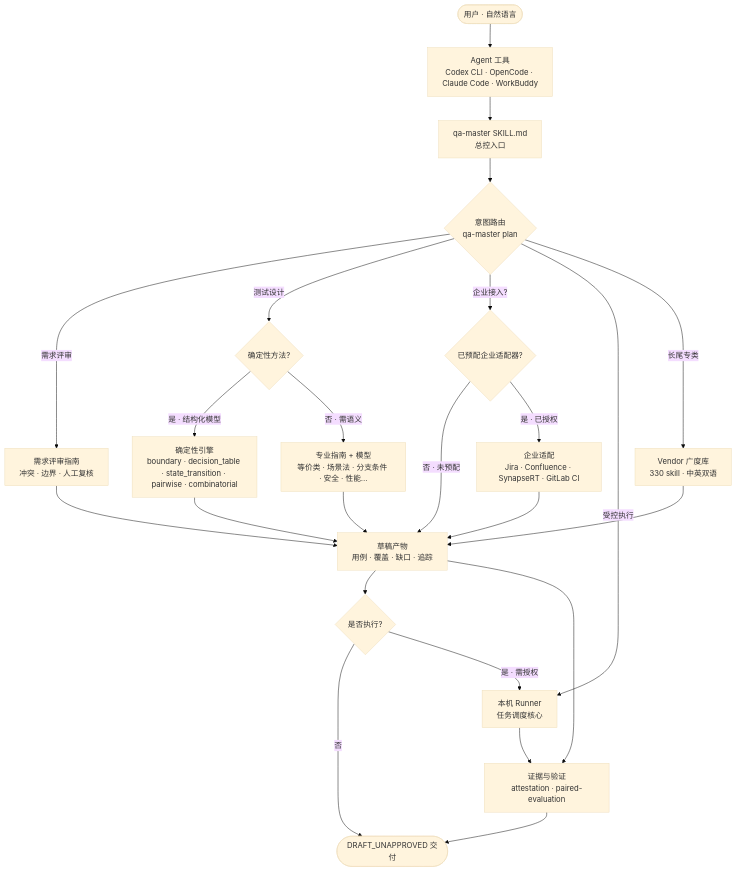
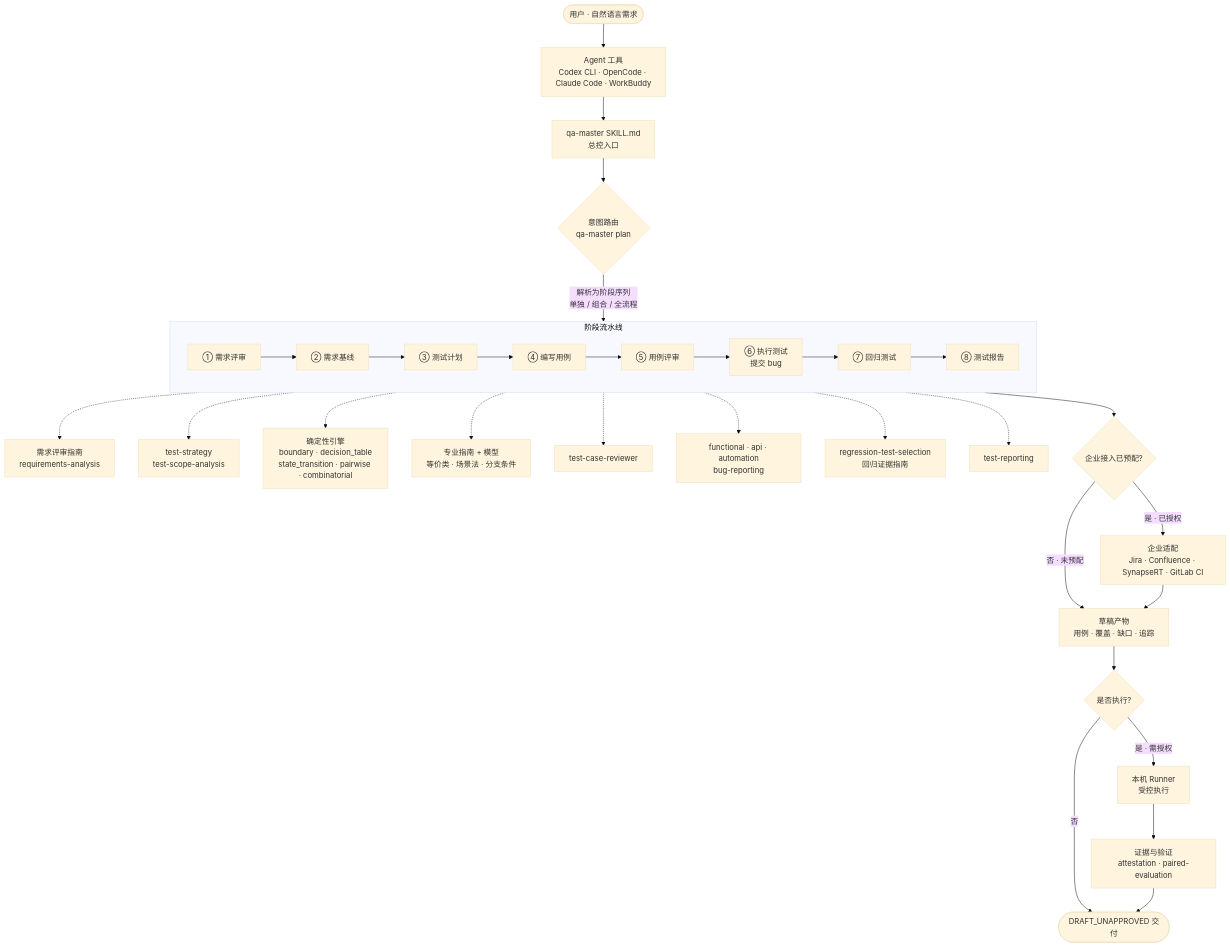
One commit to leongibhub/QA-Master-Skill changed the diagram in README.md. Above: the diagram before and after it, drawn with Mermaid (base theme). The commit also changed other lines of this file and 4 other files, not shown here.

Commit message:
fix: complete intent routing for full/single/combined QA flow

````diff
--- a/README.md
+++ b/README.md
@@ -194,26 +194,31 @@
 ```mermaid
 flowchart TD
-    A([用户 · 自然语言]) --> B[Agent 工具<br/>Codex CLI · OpenCode · Claude Code · WorkBuddy]
+    A([用户 · 自然语言需求]) --> B[Agent 工具<br/>Codex CLI · OpenCode · Claude Code · WorkBuddy]
     B --> C[qa-master SKILL.md<br/>总控入口]
     C --> D{意图路由<br/>qa-master plan}
-    D -->|需求评审| E[需求评审指南<br/>冲突 · 边界 · 人工复核]
-    D -->|测试设计| F{确定性方法?}
-    D -->|企业接入?| G{已预配企业适配器?}
-    D -->|受控执行| H[本机 Runner<br/>任务调度核心]
-    D -->|长尾专类| V[Vendor 广度库<br/>330 skill · 中英双语]
-    F -->|是 · 结构化模型| I[确定性引擎<br/>boundary · decision_table · state_transition · pairwise · combinatorial]
-    F -->|否 · 需语义| J[专业指南 + 模型<br/>等价类 · 场景法 · 分支条件 · 安全 · 性能...]
-    G -->|否 · 未预配| K[草稿产物<br/>用例 · 覆盖 · 缺口 · 追踪]
-    G -->|是 · 已授权| G2[企业适配<br/>Jira · Confluence · SynapseRT · GitLab CI]
-    E --> K
-    I --> K
-    J --> K
-    G2 --> K
-    V --> K
+    D -->|解析为阶段序列<br/>单独 / 组合 / 全流程| P[阶段流水线]
+
+    subgraph P[阶段流水线]
+        direction LR
+        P1[① 需求评审] --> P2[② 需求基线] --> P3[③ 测试计划] --> P4[④ 编写用例] --> P5[⑤ 用例评审] --> P6[⑥ 执行测试<br/>提交 bug] --> P7[⑦ 回归测试] --> P8[⑧ 测试报告]
+    end
+
+    P1 -.-> R1[需求评审指南<br/>requirements-analysis]
+    P3 -.-> R3[test-strategy<br/>test-scope-analysis]
+    P4 -.-> R4a[确定性引擎<br/>boundary · decision_table<br/>state_transition · pairwise · combinatorial]
+    P4 -.-> R4b[专业指南 + 模型<br/>等价类 · 场景法 · 分支条件]
+    P5 -.-> R5[test-case-reviewer]
+    P6 -.-> R6[functional · api · automation<br/>bug-reporting]
+    P7 -.-> R7[regression-test-selection<br/>回归证据指南]
+    P8 -.-> R8[test-reporting]
+
+    P6 --> E{企业接入已预配?}
+    E -->|是 · 已授权| E2[企业适配<br/>Jira · Confluence · SynapseRT · GitLab CI]
+    E -->|否 · 未预配| K[草稿产物<br/>用例 · 覆盖 · 缺口 · 追踪]
+    E2 --> K
     K --> L{是否执行?}
     L -->|否| M([DRAFT_UNAPPROVED 交付])
-    L -->|是 · 需授权| H
+    L -->|是 · 需授权| H[本机 Runner<br/>受控执行]
     H --> N[证据与验证<br/>attestation · paired-evaluation]
-    K --> N
     N --> M
 ```
````
